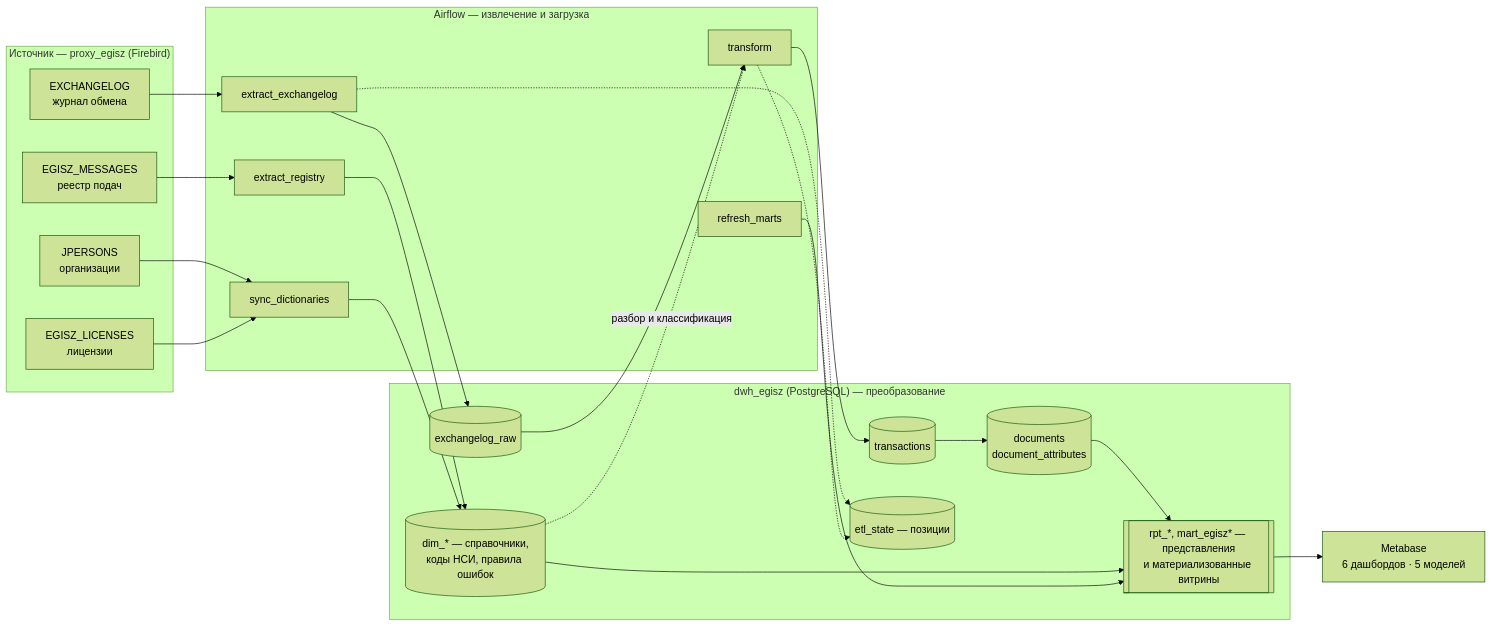
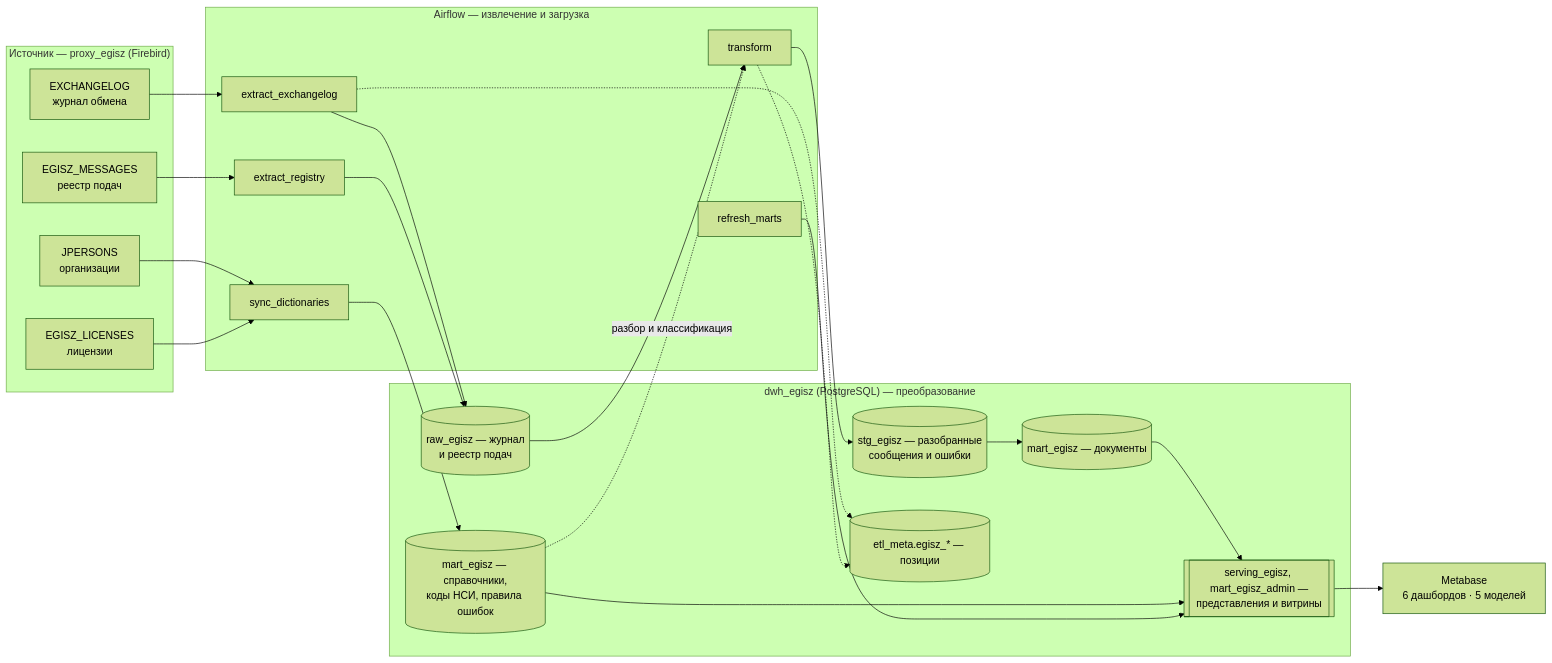
The second of 5 diagrams in README.md (asaf1n/EGISZ-Proxy-Reports-Airflow), drawn with Mermaid (forest theme) before and after one commit. The commit also changed other lines of this file and 39 other files, not shown here.

First line of the commit message:
Разложить объекты ЕГИСЗ-DWH по схемам слоёв

````diff
--- a/README.md
+++ b/README.md
@@ -94,41 +94,41 @@
 ```mermaid
 flowchart LR
     subgraph SRC["Источник — proxy_egisz (Firebird)"]
         EL[EXCHANGELOG<br/>журнал обмена]
         EM[EGISZ_MESSAGES<br/>реестр подач]
         JP[JPERSONS<br/>организации]
         LIC[EGISZ_LICENSES<br/>лицензии]
     end
 
     subgraph AF["Airflow — извлечение и загрузка"]
         T1[extract_exchangelog]
         T2[extract_registry]
         T3[sync_dictionaries]
         T4[transform]
         T5[refresh_marts]
     end
 
     subgraph DWH["dwh_egisz (PostgreSQL) — преобразование"]
-        RAW[(exchangelog_raw)]
-        TX[(transactions)]
-        DOC[(documents<br/>document_attributes)]
-        DIM[(dim_* — справочники,<br/>коды НСИ, правила ошибок)]
-        RPT[[rpt_*, mart_egisz* — представления<br/>и материализованные витрины]]
-        ST[(etl_state — позиции)]
+        RAW[(raw_egisz — журнал<br/>и реестр подач)]
+        TX[(stg_egisz — разобранные<br/>сообщения и ошибки)]
+        DOC[(mart_egisz — документы)]
+        DIM[(mart_egisz — справочники,<br/>коды НСИ, правила ошибок)]
+        RPT[[serving_egisz, mart_egisz_admin —<br/>представления и витрины]]
+        ST[(etl_meta.egisz_* — позиции)]
     end
 
     MB[Metabase<br/>6 дашбордов · 5 моделей]
 
     EL --> T1 --> RAW
-    EM --> T2 --> DIM
+    EM --> T2 --> RAW
     JP --> T3 --> DIM
     LIC --> T3
     RAW --> T4 --> TX --> DOC
     DIM -. разбор и классификация .-> T4
     DOC --> RPT
     DIM --> RPT
     T5 --> RPT
     RPT --> MB
     T1 -.-> ST
     T4 -.-> ST
 ```
````
